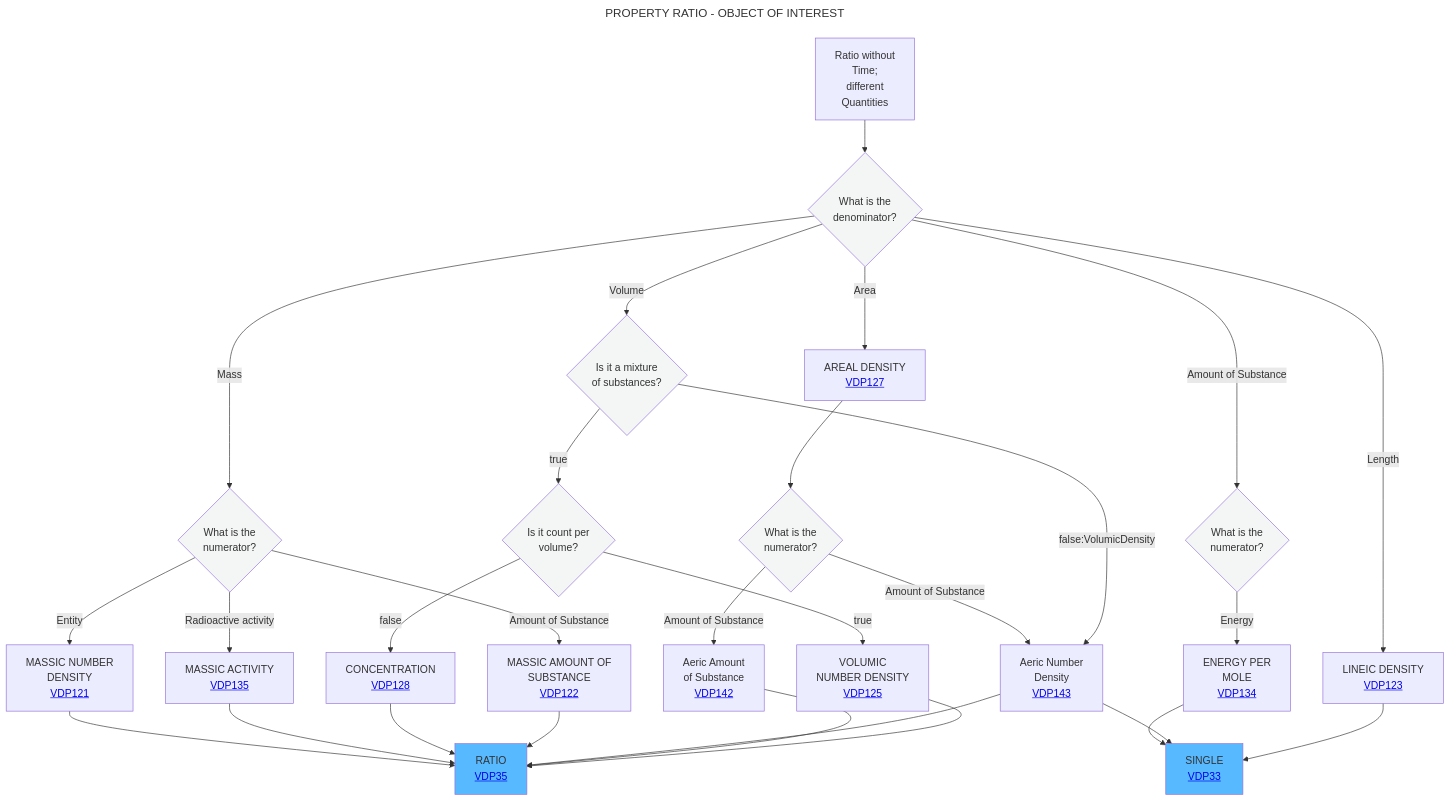
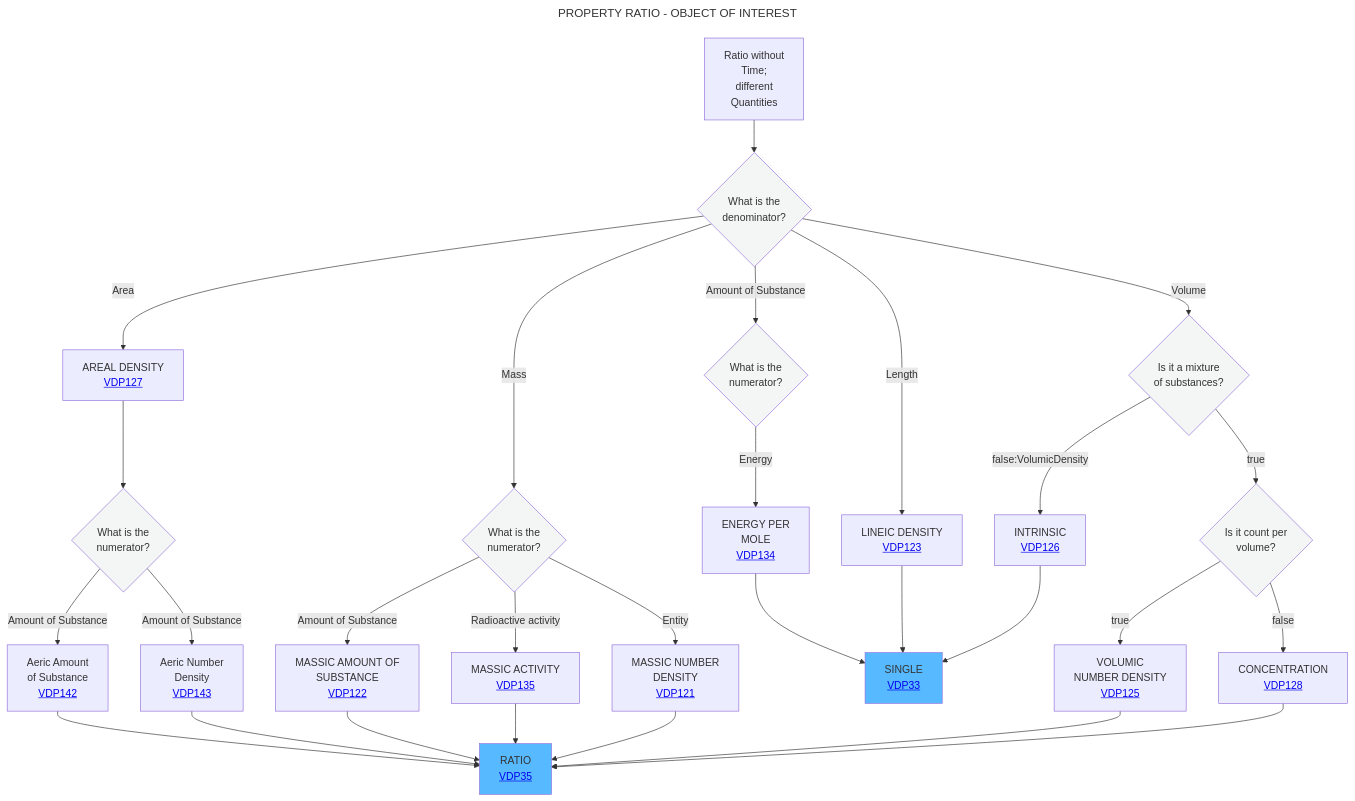
The diagram in Decision_trees/DT5.mmd (mabablue/I-ADOPT-patterns-playground), drawn with Mermaid before and after one commit.

Commit message:
Update links and node references in DT5.mmd

```diff
--- a/Decision_trees/DT5.mmd
+++ b/Decision_trees/DT5.mmd
@@ -1,35 +1,35 @@
 ---
 title: PROPERTY RATIO - OBJECT OF INTEREST
 ---
 flowchart TD
     A[Ratio without <br> Time; <br> different <br> Quantities] --> B{What is the <br> denominator?}:::white
     B -- Area -->C[AREAL DENSITY <br> <a href='https://github.com/mabablue/I-ADOPT-patterns-playground/blob/main/pattern/VDP127.md'>VDP127</a>]
     B -- Mass -->E{What is the <br> numerator?}:::white
     B -- Amount of Substance --> R{What is the <br> numerator?}:::white
     B -- Length -->D[LINEIC DENSITY <br> <a href='https://github.com/mabablue/I-ADOPT-patterns-playground/blob/main/pattern/VDP123.yaml'>VDP123</a>]
     E -- Amount of Substance --> P[MASSIC AMOUNT OF <br> SUBSTANCE <br> <a href='https://github.com/mabablue/I-ADOPT-patterns-playground/blob/main/pattern/VDP122.yaml'>VDP122</a>]
     E -- Radioactive activity --> Q[MASSIC ACTIVITY <br> <a href='https://github.com/mabablue/I-ADOPT-patterns-playground/blob/main/pattern/VDP135.yaml'>VDP135</a>]
     E -- Entity --> L[MASSIC NUMBER  <br> DENSITY <br> <a href='https://github.com/mabablue/I-ADOPT-patterns-playground/blob/main/pattern/VDP121.yaml'>VDP121</a>]
     B -- Volume -->G{Is it a mixture <br> of substances?}:::white
     G -- false:VolumicDensity-->H[INTRINSIC <br> <a href='https://github.com/mabablue/I-ADOPT-patterns-playground/blob/main/pattern/VDP126.yaml'>VDP126</a>]
     G--> |true|J{Is it count per <br>  volume?}:::white
     J --> |true|I[VOLUMIC <br> NUMBER DENSITY <br> <a href='https://github.com/mabablue/I-ADOPT-patterns-playground/blob/main/pattern/VDP125.yaml'>VDP125</a>]
     J --> |false|M[CONCENTRATION <br> <a href='https://github.com/mabablue/I-ADOPT-patterns-playground/blob/main/pattern/VDP128.md'>VDP128</a>]
     I --> N
     C --> CB{What is the <br> numerator?}:::white
     CB --Amount of Substance --> F[Aeric Amount <br> of Substance <br> <a href='https://github.com/mabablue/I-ADOPT-patterns-playground/tree/main/md/GenericPatterns/VariableDesignPatterns/VDP142.md'>VDP142</a>]
-    CB --Amount of Substance --> H[Aeric Number <br> Density <br> <a href='https://github.com/mabablue/I-ADOPT-patterns-playground/tree/main/md/GenericPatterns/VariableDesignPatterns/VDP143.md'>VDP143</a>]
+    CB --Amount of Substance --> K[Aeric Number <br> Density <br> <a href='https://github.com/mabablue/I-ADOPT-patterns-playground/tree/main/md/GenericPatterns/VariableDesignPatterns/VDP143.md'>VDP143</a>]
     F --> N[RATIO <br> <a href='https://github.com/mabablue/I-ADOPT-patterns-playground/blob/main/pattern/VDP35.md'>VDP35</a>]:::satblue
-    H --> N[RATIO <br> <a href='https://github.com/mabablue/I-ADOPT-patterns-playground/blob/main/pattern/VDP35.md'>VDP35</a>]:::satblue
+    K --> N[RATIO <br> <a href='https://github.com/mabablue/I-ADOPT-patterns-playground/blob/main/pattern/VDP35.md'>VDP35</a>]:::satblue
     D --> O[SINGLE <br> <a href='https://github.com/mabablue/I-ADOPT-patterns-playground/blob/main/pattern/VDP33.yaml'>VDP33</a>]:::satblue
     R -- Energy --> S[ENERGY PER <br> MOLE <br> <a href='https://github.com/mabablue/I-ADOPT-patterns-playground/blob/main/pattern/VDP134.yaml'>VDP134</a>]
     H --> O
     P --> N
     M --> N
     S --> O
     Q --> N
     L --> N
    classDef blue fill:#90D5FF
    classDef satblue fill:#57B9FF 
    classDef white fill:#f3f6f4
    classDef green fill:#6aa84f
```
